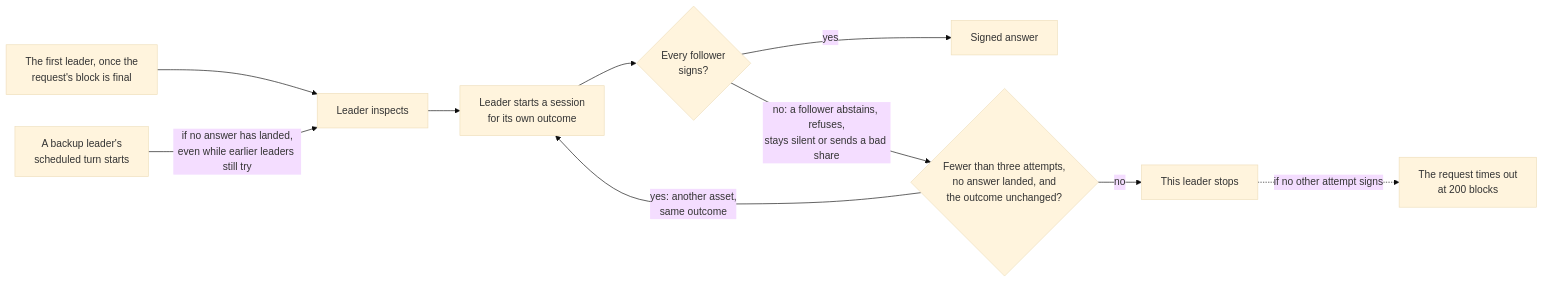
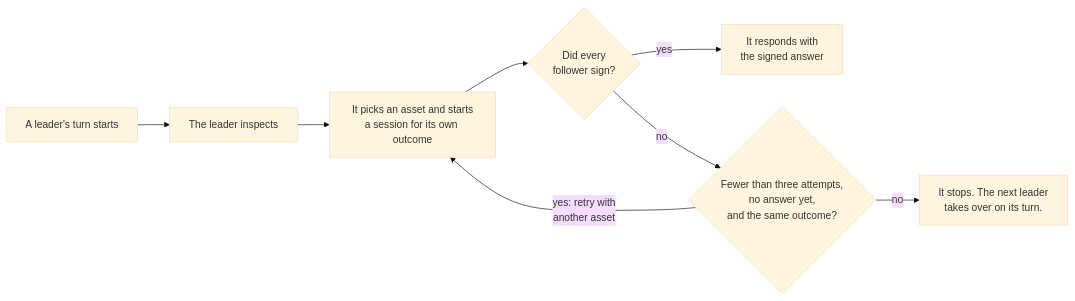
The diagram in docs/design/signed-foreign-transaction-outcomes/attachments/attempts.mmd (near/mpc), drawn with Mermaid (base theme) before and after one commit. The commit also changed 2 other files, not shown here.

Commit message:
docs: aggregate provider answers and redraw the attempts figure in the signed outcomes design
A provider error is ignored. A node is inconclusive only when a provider disagrees or fewer whitelisted providers than the quorum answered. The attempts figure shows one leader's turn from left to right.

```diff
--- a/docs/design/signed-foreign-transaction-outcomes/attachments/attempts.mmd
+++ b/docs/design/signed-foreign-transaction-outcomes/attachments/attempts.mmd
@@ -1,10 +1,8 @@
 flowchart LR
-    FL["The first leader, once the<br/>request's block is final"] --> I
-    BT["A backup leader's<br/>scheduled turn starts"] -->|"if no answer has landed,<br/>even while earlier leaders still try"| I
-    I["Leader inspects"] --> A["Leader starts a session<br/>for its own outcome"]
-    A --> Q{"Every follower<br/>signs?"}
-    Q -->|"yes"| S["Signed answer"]
-    Q -->|"no: a follower abstains, refuses,<br/>stays silent or sends a bad share"| R{"Fewer than three attempts,<br/>no answer landed, and<br/>the outcome unchanged?"}
-    R -->|"yes: another asset,<br/>same outcome"| A
-    R -->|"no"| X["This leader stops"]
-    X -.->|"if no other attempt signs"| T["The request times out<br/>at 200 blocks"]
+    T["A leader's turn starts"] --> I["The leader inspects"]
+    I --> S["It picks an asset and starts<br/>a session for its own outcome"]
+    S --> Q{"Did every<br/>follower sign?"}
+    Q -->|"yes"| R["It responds with<br/>the signed answer"]
+    Q -->|"no"| M{"Fewer than three attempts,<br/>no answer yet,<br/>and the same outcome?"}
+    M -->|"yes: retry with<br/>another asset"| S
+    M -->|"no"| X["It stops. The next leader<br/>takes over on its turn."]
```
